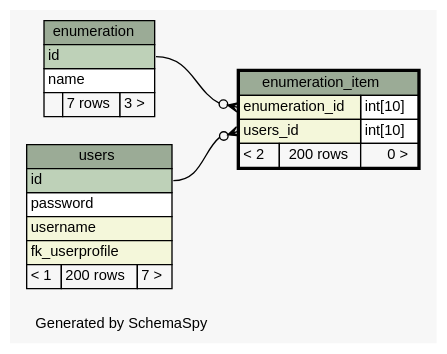
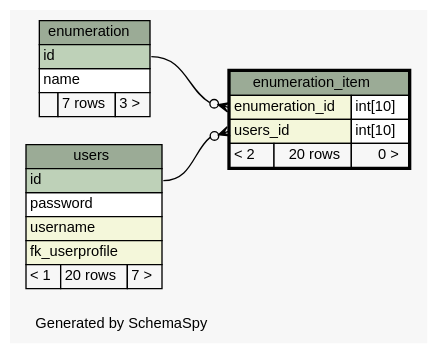
Before and after one commit to chr-krenn/chr-krenn-fhj-ws2017-sd17-pse: the diagram in doc/db_schema/diagrams/enumeration_item.1degree.dot, drawn with Graphviz. The commit also changed 65 other files, not shown here.

```diff
--- a/doc/db_schema/diagrams/enumeration_item.1degree.dot
+++ b/doc/db_schema/diagrams/enumeration_item.1degree.dot
@@ -1,59 +1,59 @@
 // dot 2.40.1 on Linux 4.12.5-300.fc26.x86_64
 // SchemaSpy rev 590
 digraph "oneDegreeRelationshipsDiagram" {
   graph [
     rankdir="RL"
     bgcolor="#f7f7f7"
     label="\nGenerated by SchemaSpy"
     labeljust="l"
     nodesep="0.18"
     ranksep="0.46"
     fontname="Helvetica"
     fontsize="11"
   ];
   node [
     fontname="Helvetica"
     fontsize="11"
     shape="plaintext"
   ];
   edge [
     arrowsize="0.8"
   ];
   "enumeration_item":"enumeration_id":w -> "enumeration":"id":e [arrowhead=none dir=back arrowtail=crowodot];
   "enumeration_item":"users_id":w -> "users":"id":e [arrowhead=none dir=back arrowtail=crowodot];
   "enumeration" [
     label=<
     <TABLE BORDER="0" CELLBORDER="1" CELLSPACING="0" BGCOLOR="#ffffff">
       <TR><TD COLSPAN="3" BGCOLOR="#9bab96" ALIGN="CENTER">enumeration</TD></TR>
       <TR><TD PORT="id" COLSPAN="3" BGCOLOR="#bed1b8" ALIGN="LEFT">id</TD></TR>
       <TR><TD PORT="name" COLSPAN="3" ALIGN="LEFT">name</TD></TR>
       <TR><TD ALIGN="LEFT" BGCOLOR="#f7f7f7">  </TD><TD ALIGN="RIGHT" BGCOLOR="#f7f7f7">7 rows</TD><TD ALIGN="RIGHT" BGCOLOR="#f7f7f7">3 &gt;</TD></TR>
     </TABLE>>
     URL="enumeration.html"
     tooltip="enumeration"
   ];
   "enumeration_item" [
     label=<
     <TABLE BORDER="2" CELLBORDER="1" CELLSPACING="0" BGCOLOR="#ffffff">
       <TR><TD COLSPAN="3" BGCOLOR="#9bab96" ALIGN="CENTER">enumeration_item</TD></TR>
       <TR><TD PORT="enumeration_id" COLSPAN="2" BGCOLOR="#f4f7da" ALIGN="LEFT">enumeration_id</TD><TD PORT="enumeration_id.type" ALIGN="LEFT">int[10]</TD></TR>
       <TR><TD PORT="users_id" COLSPAN="2" BGCOLOR="#f4f7da" ALIGN="LEFT">users_id</TD><TD PORT="users_id.type" ALIGN="LEFT">int[10]</TD></TR>
-      <TR><TD ALIGN="LEFT" BGCOLOR="#f7f7f7">&lt; 2</TD><TD ALIGN="RIGHT" BGCOLOR="#f7f7f7">200 rows</TD><TD ALIGN="RIGHT" BGCOLOR="#f7f7f7">0 &gt;</TD></TR>
+      <TR><TD ALIGN="LEFT" BGCOLOR="#f7f7f7">&lt; 2</TD><TD ALIGN="RIGHT" BGCOLOR="#f7f7f7">20 rows</TD><TD ALIGN="RIGHT" BGCOLOR="#f7f7f7">0 &gt;</TD></TR>
     </TABLE>>
     URL="enumeration_item.html"
     tooltip="enumeration_item"
   ];
   "users" [
     label=<
     <TABLE BORDER="0" CELLBORDER="1" CELLSPACING="0" BGCOLOR="#ffffff">
       <TR><TD COLSPAN="3" BGCOLOR="#9bab96" ALIGN="CENTER">users</TD></TR>
       <TR><TD PORT="id" COLSPAN="3" BGCOLOR="#bed1b8" ALIGN="LEFT">id</TD></TR>
       <TR><TD PORT="password" COLSPAN="3" ALIGN="LEFT">password</TD></TR>
       <TR><TD PORT="username" COLSPAN="3" BGCOLOR="#f4f7da" ALIGN="LEFT">username</TD></TR>
       <TR><TD PORT="fk_userprofile" COLSPAN="3" BGCOLOR="#f4f7da" ALIGN="LEFT">fk_userprofile</TD></TR>
-      <TR><TD ALIGN="LEFT" BGCOLOR="#f7f7f7">&lt; 1</TD><TD ALIGN="RIGHT" BGCOLOR="#f7f7f7">200 rows</TD><TD ALIGN="RIGHT" BGCOLOR="#f7f7f7">7 &gt;</TD></TR>
+      <TR><TD ALIGN="LEFT" BGCOLOR="#f7f7f7">&lt; 1</TD><TD ALIGN="RIGHT" BGCOLOR="#f7f7f7">20 rows</TD><TD ALIGN="RIGHT" BGCOLOR="#f7f7f7">7 &gt;</TD></TR>
     </TABLE>>
     URL="users.html"
     tooltip="users"
   ];
 }
```
